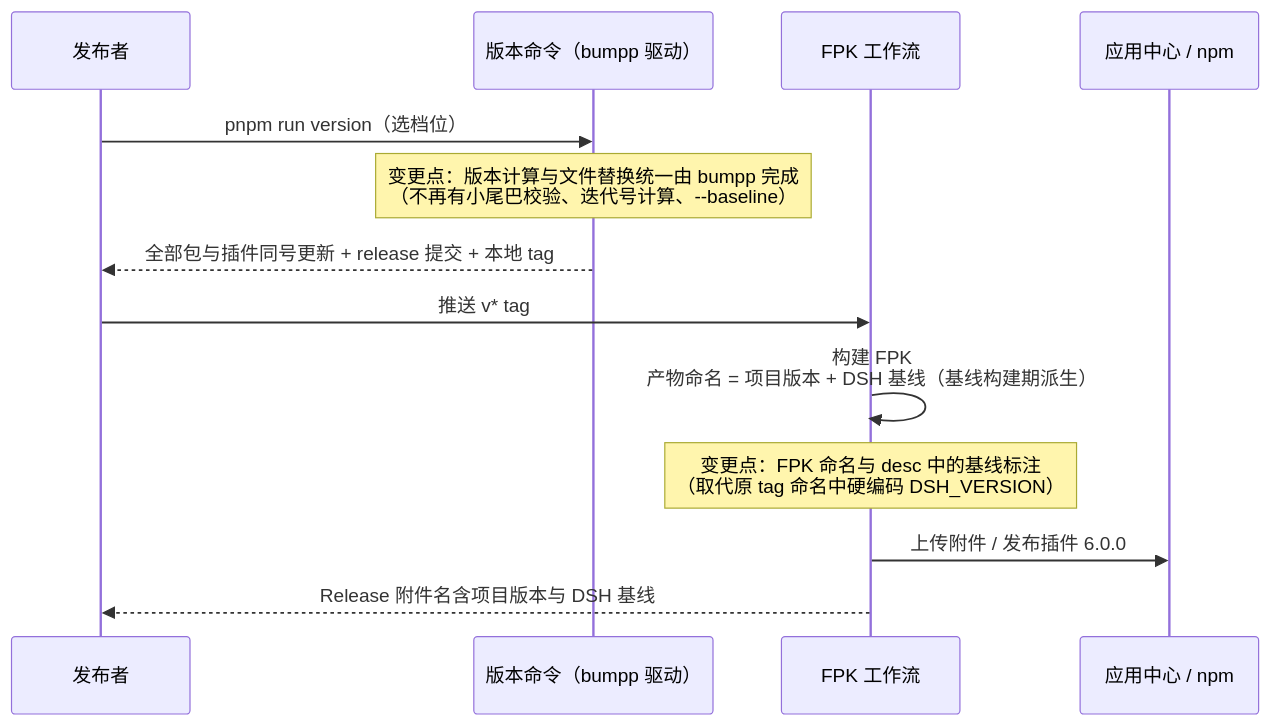
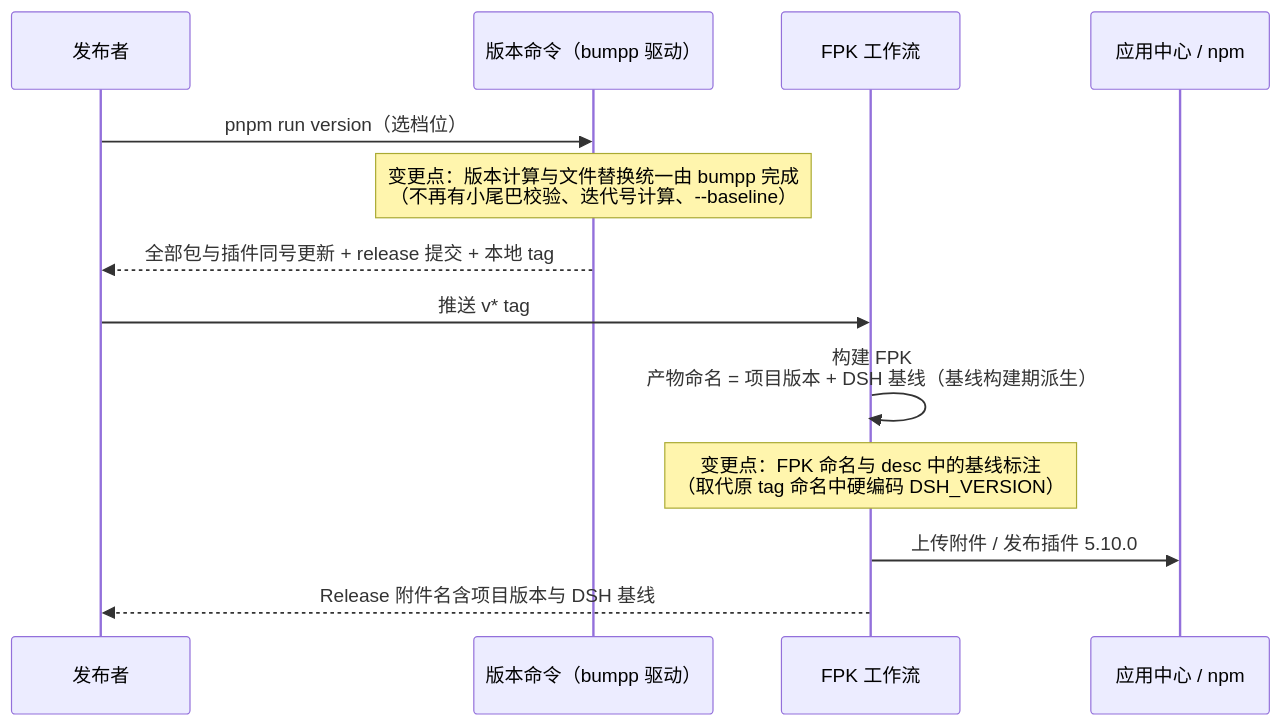
One commit to FNOSP/fnos-dsh changed the second of 2 diagrams in docs/requirements/FNOS-028-unified-project-version-bumpp.md. Above: the diagram before and after it, drawn with Mermaid. The commit also changed other lines of this file and 40 other files, not shown here.

````diff
--- a/docs/requirements/FNOS-028-unified-project-version-bumpp.md
+++ b/docs/requirements/FNOS-028-unified-project-version-bumpp.md
@@ -113,16 +113,16 @@
 ```mermaid
 sequenceDiagram
   participant Dev as 发布者
   participant Version as 版本命令（bumpp 驱动）
   participant CI as FPK 工作流
   participant Store as 应用中心 / npm
 
   Dev->>Version: pnpm run version（选档位）
   Note over Version: 变更点：版本计算与文件替换统一由 bumpp 完成<br/>（不再有小尾巴校验、迭代号计算、--baseline）
   Version-->>Dev: 全部包与插件同号更新 + release 提交 + 本地 tag
   Dev->>CI: 推送 v* tag
   CI->>CI: 构建 FPK<br/>产物命名 = 项目版本 + DSH 基线（基线构建期派生）
   Note over CI: 变更点：FPK 命名与 desc 中的基线标注<br/>（取代原 tag 命名中硬编码 DSH_VERSION）
-  CI->>Store: 上传附件 / 发布插件 6.0.0
+  CI->>Store: 上传附件 / 发布插件 5.10.0
   CI-->>Dev: Release 附件名含项目版本与 DSH 基线
 ```
````
